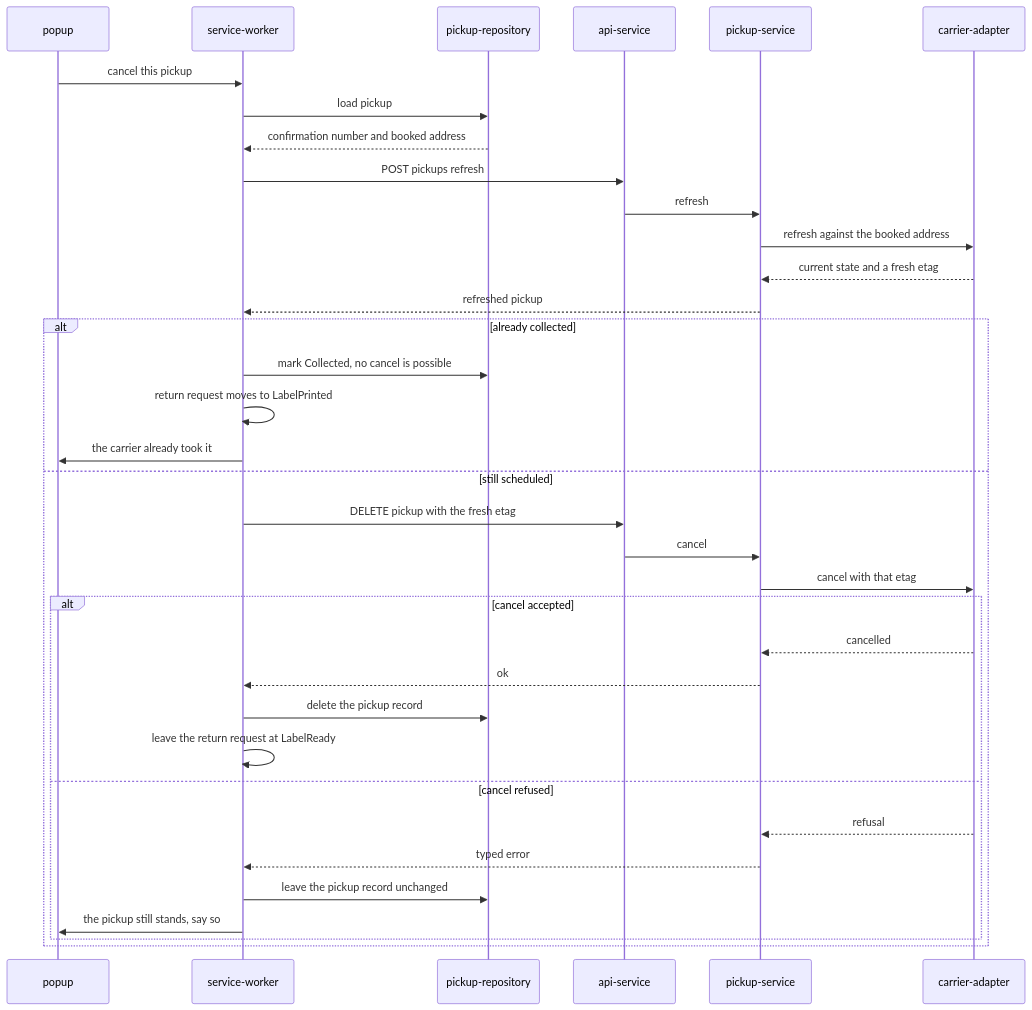
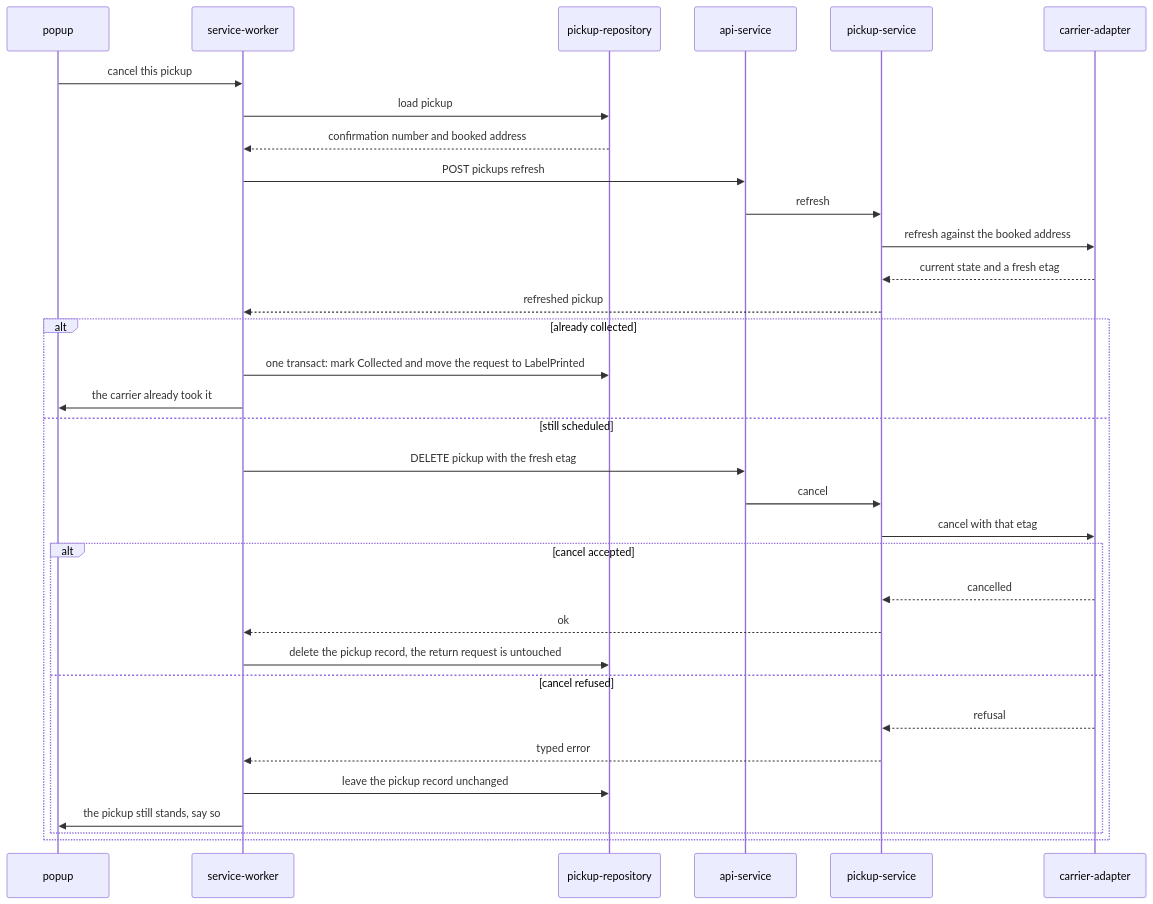
One commit to jacklvd/boomerang changed diagram 12 of 16 in design/boomerang-low-level-design.md. Above: the diagram before and after it, drawn with Mermaid. The commit also changed other lines of this file and 4 other files, not shown here.

````diff
--- a/design/boomerang-low-level-design.md
+++ b/design/boomerang-low-level-design.md
@@ -1172,38 +1608,36 @@
 ```mermaid
 sequenceDiagram
     participant P as popup
     participant SW as service-worker
     participant PR as pickup-repository
     participant API as api-service
     participant PS as pickup-service
     participant C as carrier-adapter
 
     P->>SW: cancel this pickup
     SW->>PR: load pickup
     PR-->>SW: confirmation number and booked address
     SW->>API: POST pickups refresh
     API->>PS: refresh
     PS->>C: refresh against the booked address
     C-->>PS: current state and a fresh etag
     PS-->>SW: refreshed pickup
     alt already collected
-        SW->>PR: mark Collected, no cancel is possible
-        SW->>SW: return request moves to LabelPrinted
+        SW->>PR: one transact: mark Collected and move the request to LabelPrinted
         SW->>P: the carrier already took it
     else still scheduled
         SW->>API: DELETE pickup with the fresh etag
         API->>PS: cancel
         PS->>C: cancel with that etag
         alt cancel accepted
             C-->>PS: cancelled
             PS-->>SW: ok
-            SW->>PR: delete the pickup record
-            SW->>SW: leave the return request at LabelReady
+            SW->>PR: delete the pickup record, the return request is untouched
         else cancel refused
             C-->>PS: refusal
             PS-->>SW: typed error
             SW->>PR: leave the pickup record unchanged
             SW->>P: the pickup still stands, say so
         end
     end
 ```
````
